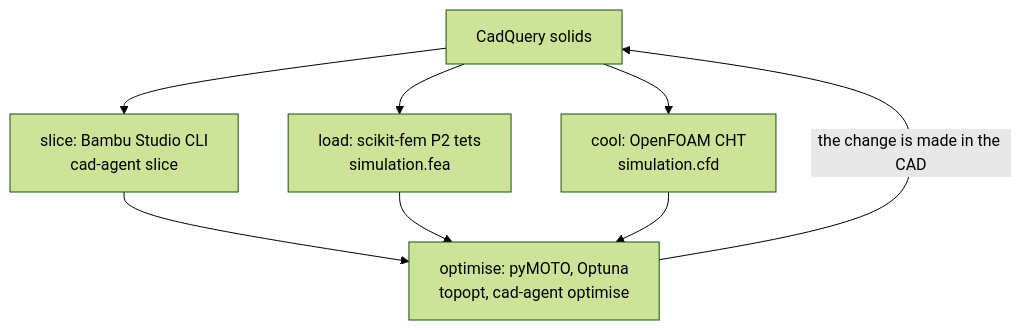
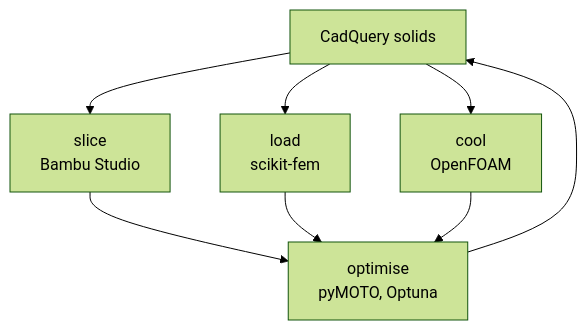
The third of 3 diagrams in research/simulation-tools.md (Valpatel/cad-agent), drawn with Mermaid (forest theme) before and after one commit. The commit also changed other lines of this file and 2 other files, not shown here.

Commit message:
Three new diagrams fit the column at 1100 px: shorter boxes, one more decision for relate, unlabelled loops
Part of #122.

````diff
--- a/research/simulation-tools.md
+++ b/research/simulation-tools.md
@@ -262,8 +262,8 @@
 ```mermaid
 flowchart TD
-    C["CadQuery solids"] --> S["slice: Bambu Studio CLI<br/>cad-agent slice"]
-    C --> L["load: scikit-fem P2 tets<br/>simulation.fea"]
-    C --> K["cool: OpenFOAM CHT<br/>simulation.cfd"]
-    S & L & K --> O["optimise: pyMOTO, Optuna<br/>topopt, cad-agent optimise"]
-    O -->|"the change is made in the CAD"| C
+    C["CadQuery solids"] --> S["slice<br/>Bambu Studio"]
+    C --> L["load<br/>scikit-fem"]
+    C --> K["cool<br/>OpenFOAM"]
+    S & L & K --> O["optimise<br/>pyMOTO, Optuna"]
+    O --> C
 ```
````
